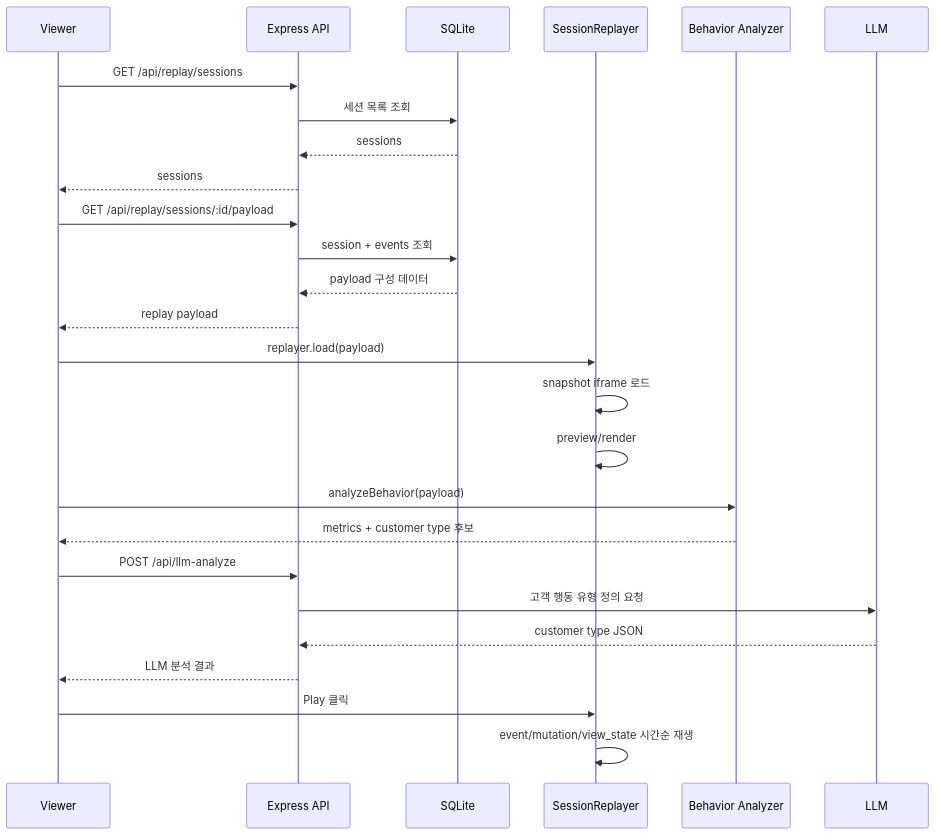
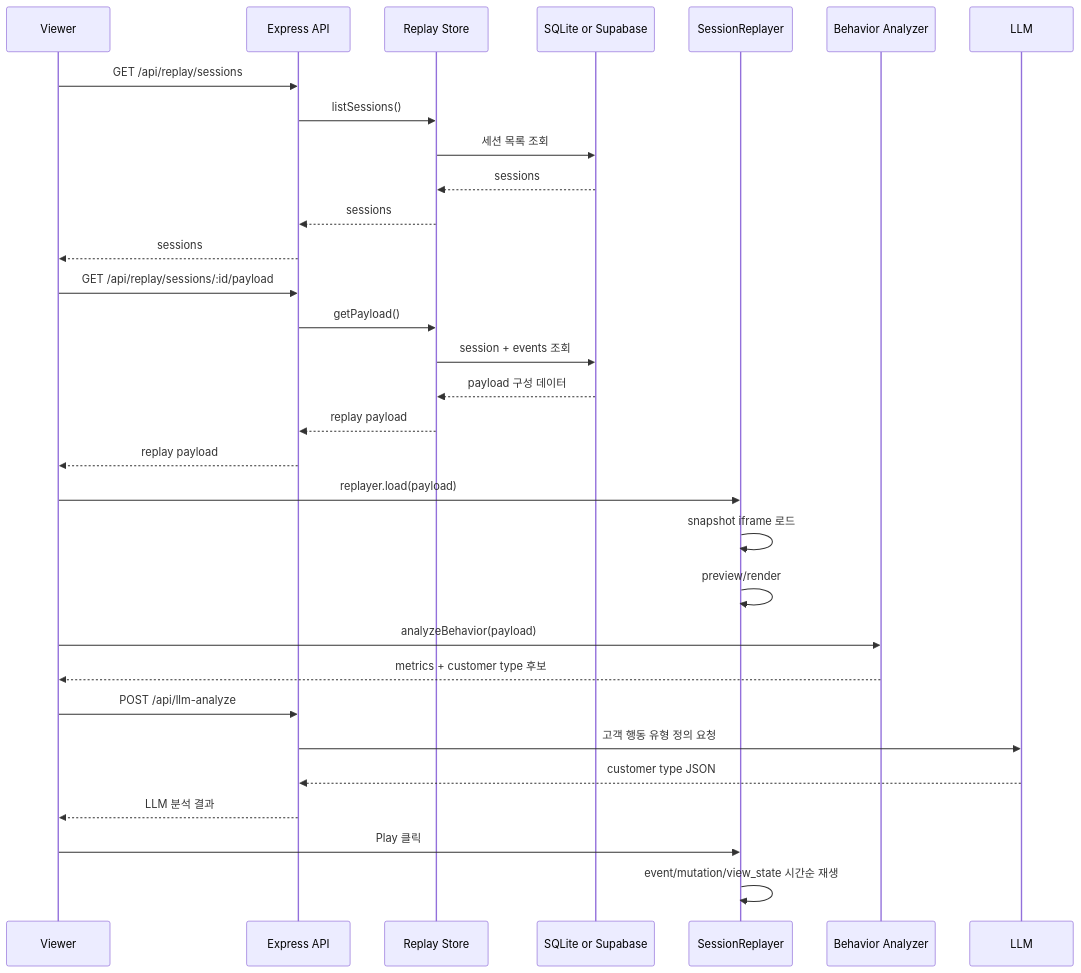
Before and after one commit to JaeDoo1034/SessionReplay: the fifth of 7 diagrams in workflow/session-replay-runtime-mermaid.md, drawn with Mermaid. The commit also changed other lines of this file and 15 other files, not shown here.

````diff
--- a/workflow/session-replay-runtime-mermaid.md
+++ b/workflow/session-replay-runtime-mermaid.md
@@ -103,34 +156,39 @@
 ```mermaid
 sequenceDiagram
   participant V as Viewer
   participant API as Express API
-  participant DB as SQLite
+  participant Store as Replay Store
+  participant DB as SQLite or Supabase
   participant R as SessionReplayer
   participant A as Behavior Analyzer
   participant L as LLM
 
   V->>API: GET /api/replay/sessions
-  API->>DB: 세션 목록 조회
-  DB-->>API: sessions
+  API->>Store: listSessions()
+  Store->>DB: 세션 목록 조회
+  DB-->>Store: sessions
+  Store-->>API: sessions
   API-->>V: sessions
 
   V->>API: GET /api/replay/sessions/:id/payload
-  API->>DB: session + events 조회
-  DB-->>API: payload 구성 데이터
+  API->>Store: getPayload()
+  Store->>DB: session + events 조회
+  DB-->>Store: payload 구성 데이터
+  Store-->>API: replay payload
   API-->>V: replay payload
 
   V->>R: replayer.load(payload)
   R->>R: snapshot iframe 로드
   R->>R: preview/render
 
   V->>A: analyzeBehavior(payload)
   A-->>V: metrics + customer type 후보
 
   V->>API: POST /api/llm-analyze
   API->>L: 고객 행동 유형 정의 요청
   L-->>API: customer type JSON
   API-->>V: LLM 분석 결과
 
   V->>R: Play 클릭
   R->>R: event/mutation/view_state 시간순 재생
 ```
````
